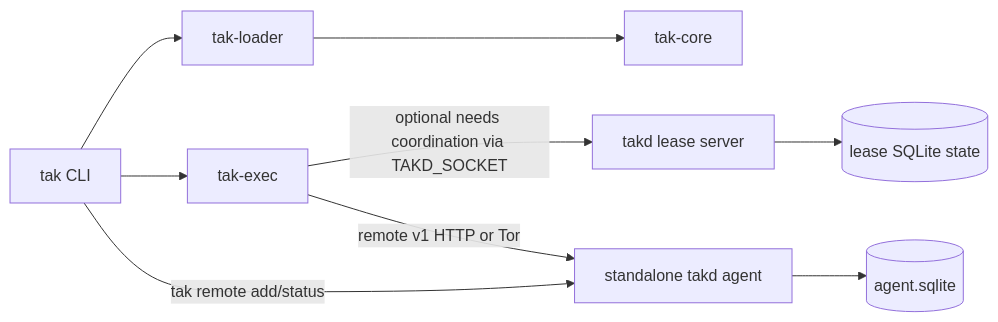
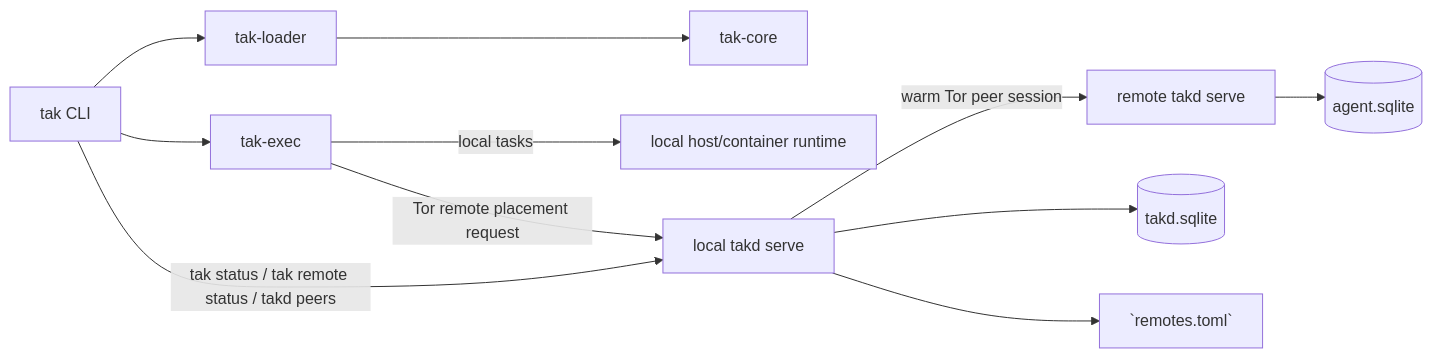
The diagram in ARCHITECTURE.md (gu1p/tak), drawn with Mermaid before and after one commit. The commit also changed other lines of this file and 283 other files, not shown here.

First line of the commit message:
Route Tor remote execution through local takd peer manager

````diff
--- a/ARCHITECTURE.md
+++ b/ARCHITECTURE.md
@@ -46,11 +46,13 @@
 ```mermaid
 flowchart LR
     CLI[tak CLI] --> Loader[tak-loader]
     Loader --> Core[tak-core]
     CLI --> Exec[tak-exec]
-    Exec -->|optional needs coordination via TAKD_SOCKET| Lease[takd lease server]
-    Exec -->|remote v1 HTTP or Tor| Agent[standalone takd agent]
-    CLI -->|tak remote add/status| Agent
-    Agent --> AgentDb[(agent.sqlite)]
-    Lease --> LeaseDb[(lease SQLite state)]
+    Exec -->|local tasks| Local[local host/container runtime]
+    Exec -->|Tor remote placement request| LocalTakd[local takd serve]
+    CLI -->|tak status / tak remote status / takd peers| LocalTakd
+    LocalTakd -->|warm Tor peer session| RemoteTakd[remote takd serve]
+    RemoteTakd --> AgentDb[(agent.sqlite)]
+    LocalTakd --> LeaseDb[(takd.sqlite)]
+    LocalTakd --> Inventory[`remotes.toml`]
 ```
````
